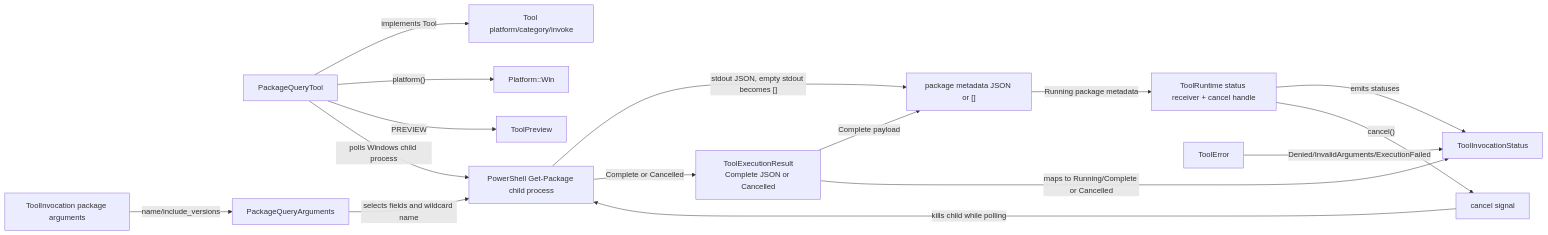
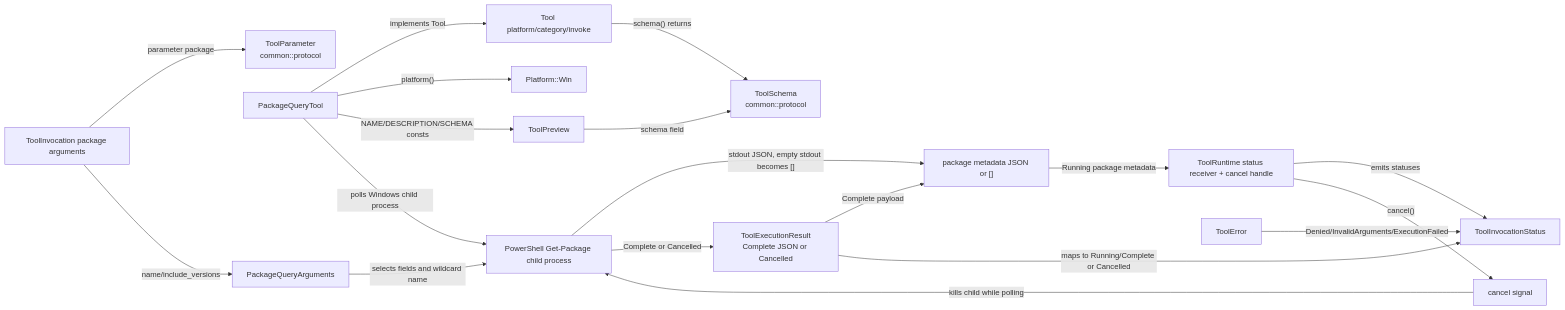
Before and after one commit to DexterDreeeam/Marix: the diagram in src/client/tool/native/package/.workflow.mmd, drawn with Mermaid. The commit also changed 28 other files, not shown here.

Commit message:
Refresh source design metadata for tool protocol and plan structure

```diff
--- a/src/client/tool/native/package/.workflow.mmd
+++ b/src/client/tool/native/package/.workflow.mmd
@@ -1,30 +1,35 @@
 flowchart LR
   ToolPreview["ToolPreview"]
+  ToolSchema["ToolSchema\ncommon::protocol"]
+  ToolParameter["ToolParameter\ncommon::protocol"]
   ToolTrait["Tool platform/category/invoke"]
   PlatformWin["Platform::Win"]
   ToolInvocation["ToolInvocation package arguments"]
   PackageQueryTool["PackageQueryTool"]
   PackageArguments["PackageQueryArguments"]
   PowerShellGetPackage["PowerShell Get-Package child process"]
   PackageJson["package metadata JSON or []"]
   ToolRuntime["ToolRuntime status receiver + cancel handle"]
   ToolInvocationStatus["ToolInvocationStatus"]
   ToolExecutionResult["ToolExecutionResult<String>\nComplete JSON or Cancelled"]
   CancelSignal["cancel signal"]
   ToolError["ToolError"]
 
   PackageQueryTool -->|"implements Tool"| ToolTrait
   PackageQueryTool -->|"platform()"| PlatformWin
-  PackageQueryTool -->|"PREVIEW"| ToolPreview
+  PackageQueryTool -->|"NAME/DESCRIPTION/SCHEMA consts"| ToolPreview
+  ToolTrait -->|"schema() returns"| ToolSchema
+  ToolPreview -->|"schema field"| ToolSchema
+  ToolInvocation -->|"parameter package"| ToolParameter
   ToolInvocation -->|"name/include_versions"| PackageArguments
   PackageArguments -->|"selects fields and wildcard name"| PowerShellGetPackage
   PackageQueryTool -->|"polls Windows child process"| PowerShellGetPackage
   PowerShellGetPackage -->|"stdout JSON, empty stdout becomes []"| PackageJson
   PowerShellGetPackage -->|"Complete or Cancelled"| ToolExecutionResult
   ToolExecutionResult -->|"Complete payload"| PackageJson
   ToolExecutionResult -->|"maps to Running/Complete or Cancelled"| ToolInvocationStatus
   PackageJson -->|"Running package metadata"| ToolRuntime
   ToolRuntime -->|"emits statuses"| ToolInvocationStatus
   ToolRuntime -->|"cancel()"| CancelSignal
   CancelSignal -->|"kills child while polling"| PowerShellGetPackage
   ToolError -->|"Denied/InvalidArguments/ExecutionFailed"| ToolInvocationStatus
```
